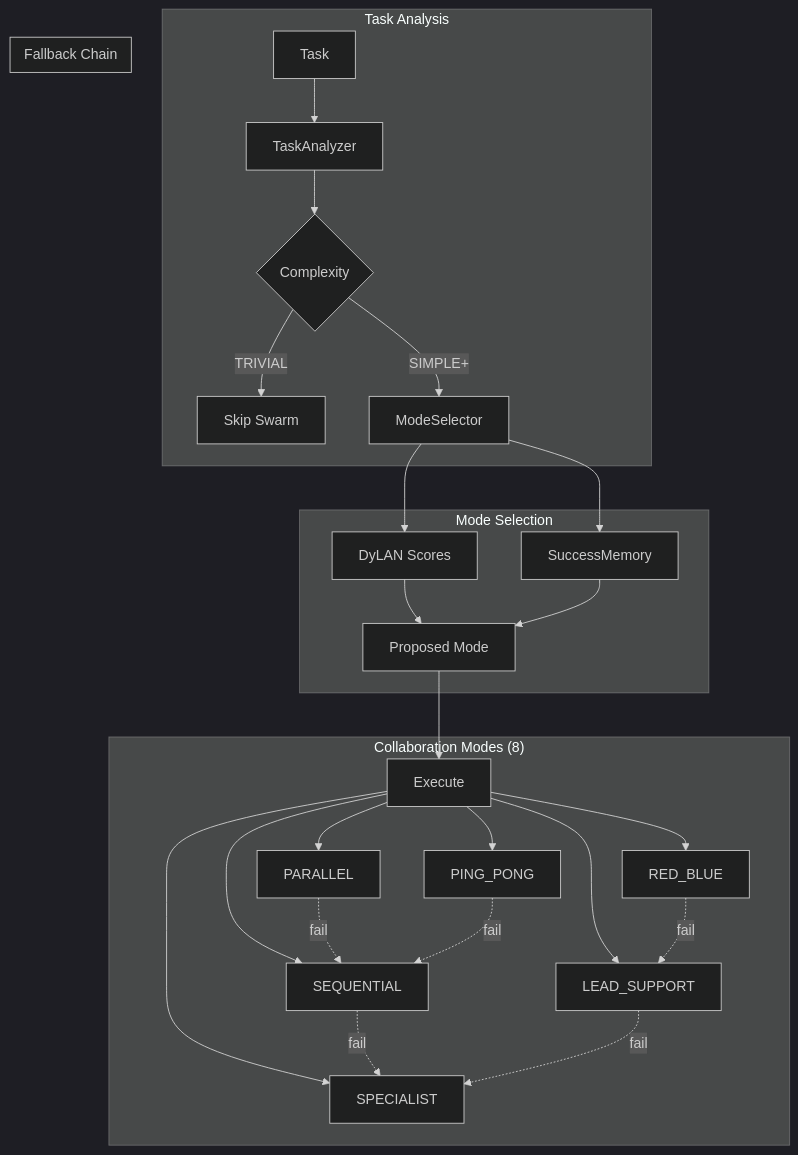
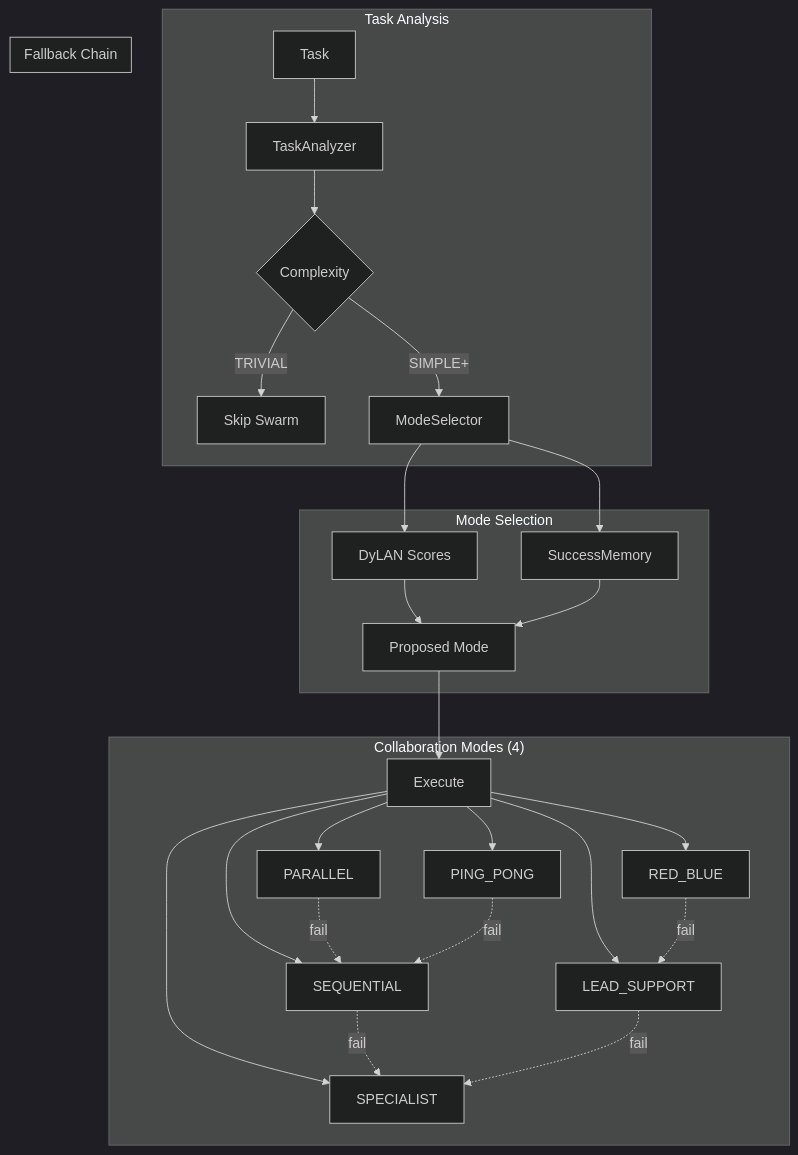
Before and after one commit to yannabadie/NEXUS: the fourth of 7 diagrams in docs/ARCHITECTURE_MAP_GENERATED.md, drawn with Mermaid (dark theme). The commit also changed other lines of this file, not shown here.

First line of the commit message:
docs: Auto-update architecture map [skip-map]

````diff
--- a/docs/ARCHITECTURE_MAP_GENERATED.md
+++ b/docs/ARCHITECTURE_MAP_GENERATED.md
@@ -158,35 +158,35 @@
 ```mermaid
 graph TD
     subgraph Analysis["Task Analysis"]
         TASK[Task] --> ANALYZER[TaskAnalyzer]
         ANALYZER --> COMPLEXITY{Complexity}
         COMPLEXITY -->|TRIVIAL| SKIP[Skip Swarm]
         COMPLEXITY -->|SIMPLE+| SELECT[ModeSelector]
     end
 
     subgraph Selection["Mode Selection"]
         SELECT --> DYLAN[DyLAN Scores]
         SELECT --> MEMORY[SuccessMemory]
         DYLAN --> PROPOSE[Proposed Mode]
         MEMORY --> PROPOSE
     end
 
-    subgraph Modes["Collaboration Modes (8)"]
+    subgraph Modes["Collaboration Modes (4)"]
         EXEC[Execute] --> M1[PARALLEL]
         EXEC --> M2[SEQUENTIAL]
         EXEC --> M3[LEAD_SUPPORT]
         EXEC --> M4[PING_PONG]
         EXEC --> M5[SPECIALIST]
         EXEC --> M6[RED_BLUE]
     end
 
     subgraph Fallback["Fallback Chain"]
         M1 -.->|fail| M2
         M2 -.->|fail| M5
         M6 -.->|fail| M3
         M3 -.->|fail| M5
         M4 -.->|fail| M2
     end
 
     PROPOSE --> EXEC
 ```
````
